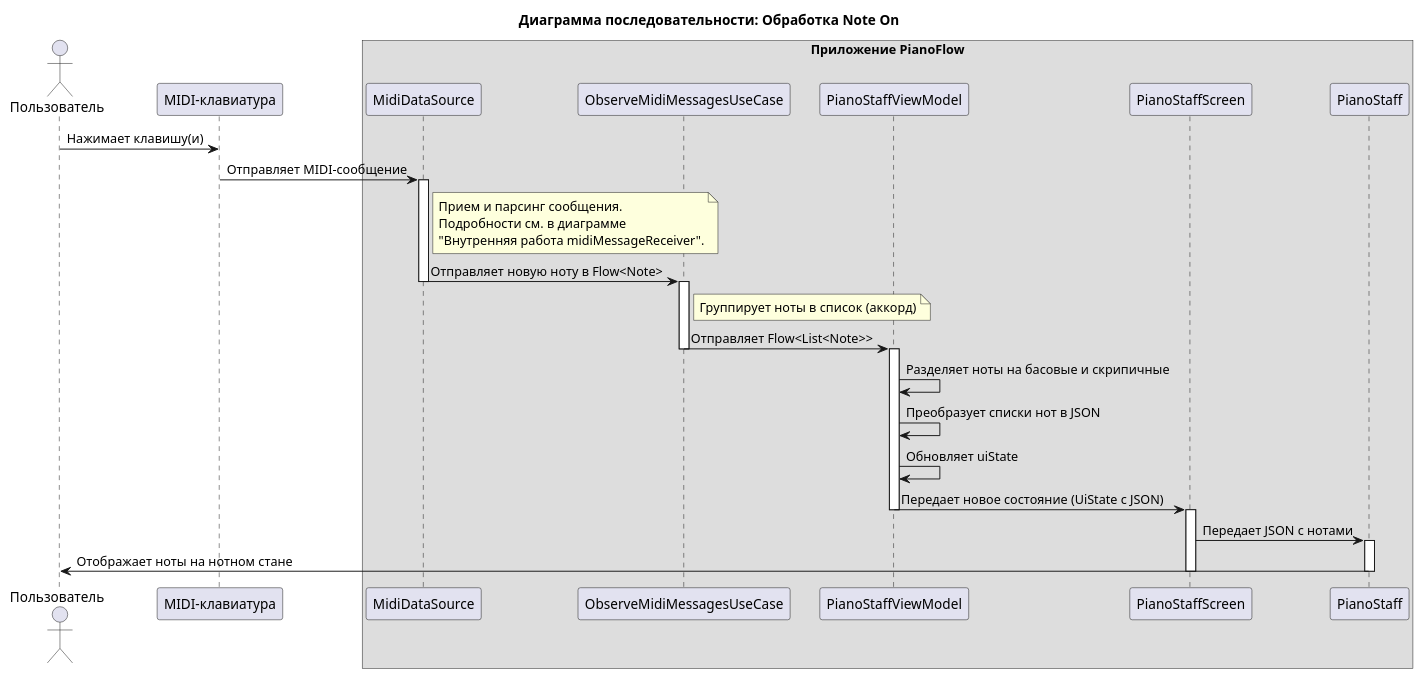
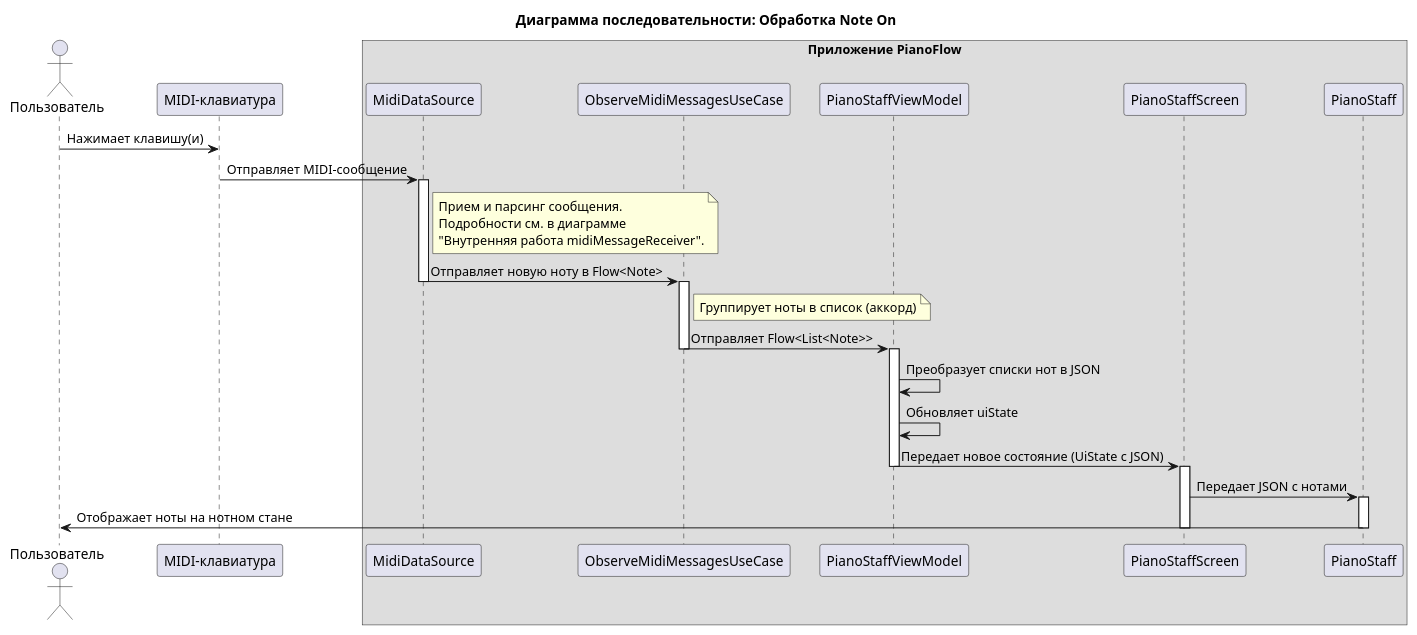
One commit to astrizhachuk/PianoFlow changed the fifth of 7 diagrams in docs/ru/ts/MIDI_MESSAGE_PROCESSING.md. Above: the diagram before and after it, drawn with PlantUML. The commit also changed other lines of this file and 11 other files, not shown here.

````diff
--- a/docs/ru/ts/MIDI_MESSAGE_PROCESSING.md
+++ b/docs/ru/ts/MIDI_MESSAGE_PROCESSING.md
@@ -296,48 +298,47 @@
 ```plantuml
 @startuml
 title Диаграмма последовательности: Обработка Note On
 
 actor Пользователь as User
 participant "MIDI-клавиатура" as Keyboard
 box "Приложение PianoFlow"
   participant "MidiDataSource" as DS
   participant "ObserveMidiMessagesUseCase" as UC
   participant "PianoStaffViewModel" as VM
   participant "PianoStaffScreen" as Screen
   participant "PianoStaff" as Staff
 end box
 
 User -> Keyboard : Нажимает клавишу(и)
 Keyboard -> DS : Отправляет MIDI-сообщение
 activate DS
 
 note right of DS
   Прием и парсинг сообщения.
   Подробности см. в диаграмме
   "Внутренняя работа midiMessageReceiver".
 end note
 
 DS -> UC : Отправляет новую ноту в Flow<Note>
 deactivate DS
 activate UC
 
 note right of UC: Группирует ноты в список (аккорд)
 UC -> VM : Отправляет Flow<List<Note>>
 deactivate UC
 activate VM
 
-VM -> VM : Разделяет ноты на басовые и скрипичные
 VM -> VM : Преобразует списки нот в JSON
 VM -> VM : Обновляет uiState
 VM -> Screen : Передает новое состояние (UiState с JSON)
 deactivate VM
 activate Screen
 
 Screen -> Staff : Передает JSON с нотами
 activate Staff
 Staff -> User : Отображает ноты на нотном стане
 deactivate Staff
 deactivate Screen
 
 @enduml
 ```
````
